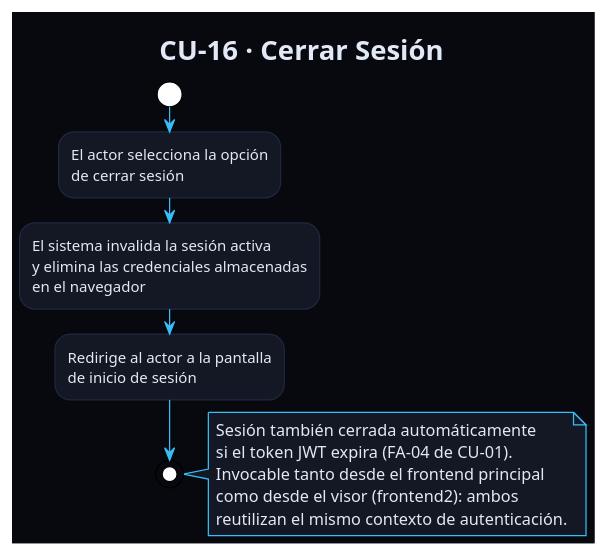
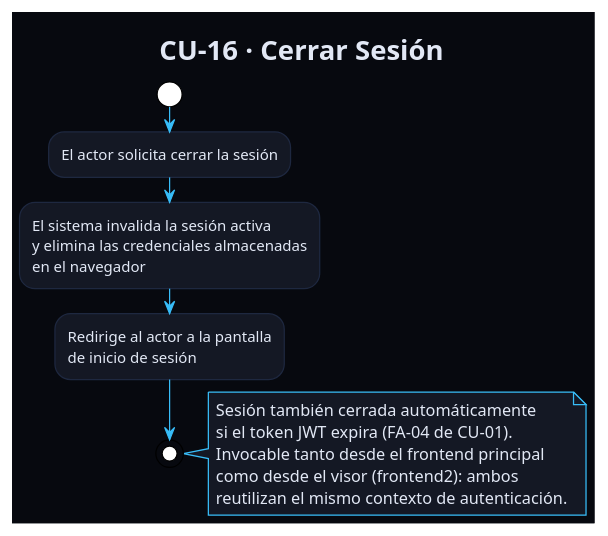
Before and after one commit to ceesargaarcia/GII-TFG-2026: the diagram in Estudiantes/cesar-garcia-eguiguren/Capítulo-2/diagramas/CdU/flujoCU16.puml, drawn with PlantUML. The commit also changed 49 other files, not shown here.

```diff
--- a/Estudiantes/cesar-garcia-eguiguren/Capítulo-2/diagramas/CdU/flujoCU16.puml
+++ b/Estudiantes/cesar-garcia-eguiguren/Capítulo-2/diagramas/CdU/flujoCU16.puml
@@ -1,33 +1,32 @@
 @startuml flujoCU16
 !theme plain
 skinparam backgroundColor #07090F
 skinparam defaultFontColor #E2E8F5
 skinparam ArrowColor #38BDF8
 skinparam ActivityBorderColor #1E2840
 skinparam ActivityBackgroundColor #141824
 skinparam ActivityDiamondBackgroundColor #0D1018
 skinparam ActivityDiamondBorderColor #38BDF8
 skinparam NoteBackgroundColor #141824
 skinparam NoteBorderColor #38BDF8
 
 title CU-16 · Cerrar Sesión
 
 start
-:El actor selecciona la opción
-de cerrar sesión;
+:El actor solicita cerrar la sesión;
 :El sistema invalida la sesión activa
 y elimina las credenciales almacenadas
 en el navegador;
 :Redirige al actor a la pantalla
 de inicio de sesión;
 stop
 
 note right
   Sesión también cerrada automáticamente
   si el token JWT expira (FA-04 de CU-01).
   Invocable tanto desde el frontend principal
   como desde el visor (frontend2): ambos
   reutilizan el mismo contexto de autenticación.
 end note
 
 @enduml
```
